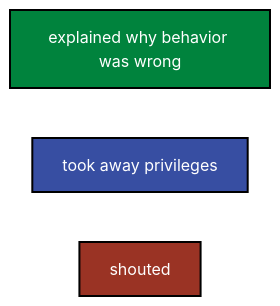
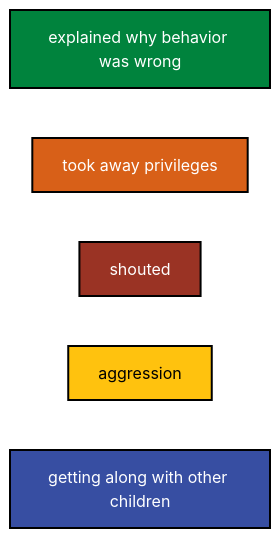
One commit to agrogan1/closeread changed the diagram in global-perspectives/diagram.md. Above: the diagram before and after it, drawn with Mermaid.

````diff
--- a/global-perspectives/diagram.md
+++ b/global-perspectives/diagram.md
@@ -1,20 +1,24 @@
   ```mermaid
 flowchart LR
 
   classDef yellow fill:#FFC20E,stroke:#000000,stroke-width:2px,color:#000000;
   
   classDef blue fill:#374EA2,stroke:#000000,stroke-width:2px,color:#FFFFFF;
   
   classDef green fill:#00833D,stroke:#000000,stroke-width:2px,color:#FFFFFF;
   
   classDef orange fill:#D86018,stroke:#000000,stroke-width:2px,color:#FFFFFF;
   
   classDef red fill:#9A3324,stroke:#000000,stroke-width:2px,color:#FFFFFF;
 
   explained[explained why behavior was wrong]:::green
 
-  privileges[took away privileges]:::blue
+  privileges[took away privileges]:::orange
   
   shouted:::red
+
+  aggression:::yellow
+
+  gettingalong[getting along with other children]:::blue
   
 ```
````
